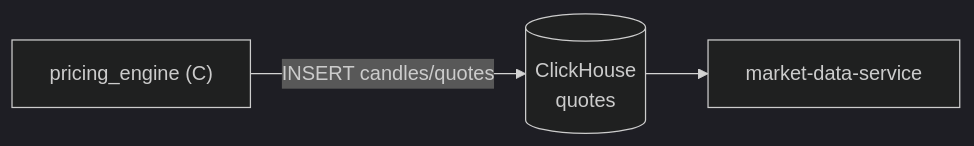
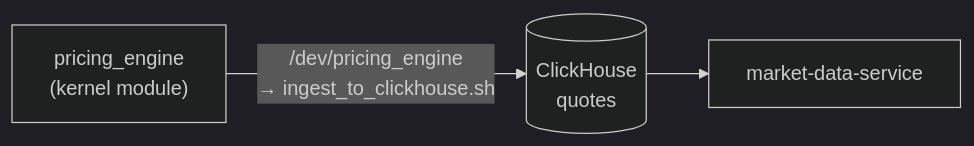
The diagram in docs/obsidian/01 - Сервисы/pricing_engine.md (awesoma31/TrumpInvestitions), drawn with Mermaid (dark theme) before and after one commit. The commit also changed other lines of this file and 8 other files, not shown here.

````diff
--- a/docs/obsidian/01 - Сервисы/pricing_engine.md
+++ b/docs/obsidian/01 - Сервисы/pricing_engine.md
@@ -59,5 +105,5 @@
 ```mermaid
 graph LR
-    PE["pricing_engine (C)"] -->|"INSERT candles/quotes"| CH[("ClickHouse\nquotes")]
+    PE["pricing_engine\n(kernel module)"] -->|"/dev/pricing_engine\n→ ingest_to_clickhouse.sh"| CH[("ClickHouse\nquotes")]
     CH --> MDS["market-data-service"]
 ```
````
